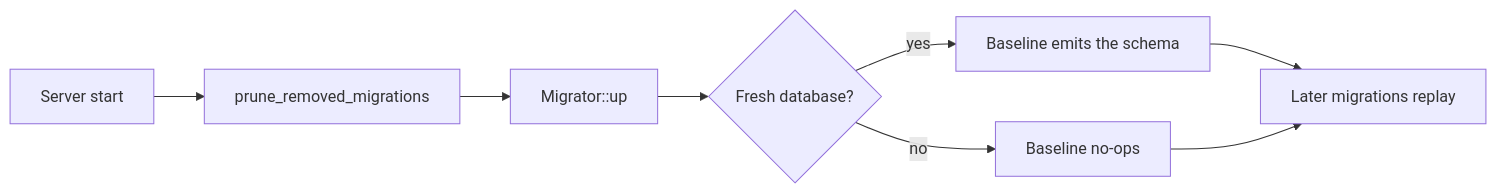
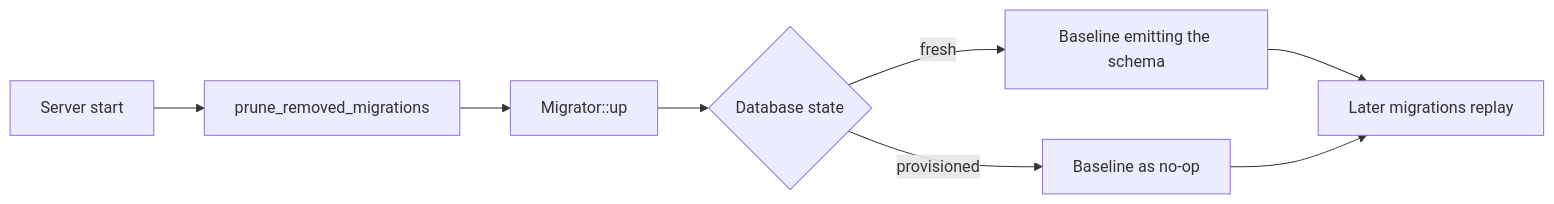
Before and after one commit to wavelens/gradient: the diagram in docs/src/contributors/migrations.md, drawn with Mermaid. The commit also changed other lines of this file and 70 other files, not shown here.

````diff
--- a/docs/src/contributors/migrations.md
+++ b/docs/src/contributors/migrations.md
@@ -5,10 +5,10 @@
 ```mermaid
 flowchart LR
     start[Server start] --> prune[prune_removed_migrations]
     prune --> up["Migrator::up"]
-    up --> baseline{Fresh database?}
-    baseline -->|yes| schema[Baseline emits the schema]
-    baseline -->|no| noop[Baseline no-ops]
+    up --> baseline{Database state}
+    baseline -->|fresh| schema[Baseline emitting the schema]
+    baseline -->|provisioned| noop[Baseline as no-op]
     schema --> later[Later migrations replay]
     noop --> later
 ```
````
